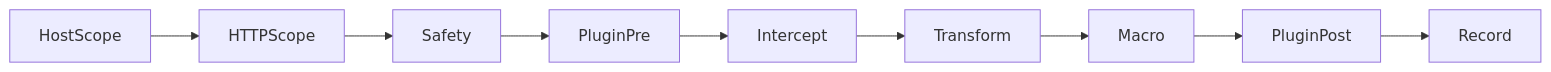
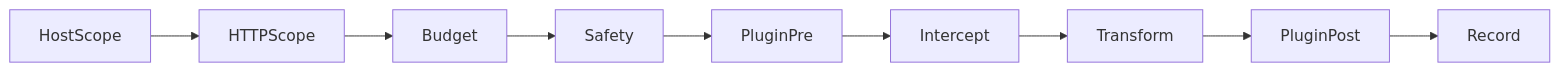
Before and after one commit to usk6666/yorishiro-proxy-docs: the first of 2 diagrams in docs/concepts/architecture.md, drawn with Mermaid. The commit also changed other lines of this file and 65 other files, not shown here.

````diff
--- a/docs/concepts/architecture.md
+++ b/docs/concepts/architecture.md
@@ -130,11 +130,11 @@
 ```mermaid
 flowchart LR
     HS[HostScope] --> HTS[HTTPScope]
-    HTS --> SF[Safety]
+    HTS --> BU[Budget]
+    BU --> SF[Safety]
     SF --> PRE[PluginPre]
     PRE --> INT[Intercept]
     INT --> TR[Transform]
-    TR --> MA[Macro]
-    MA --> POST[PluginPost]
+    TR --> POST[PluginPost]
     POST --> REC[Record]
 ```
````
